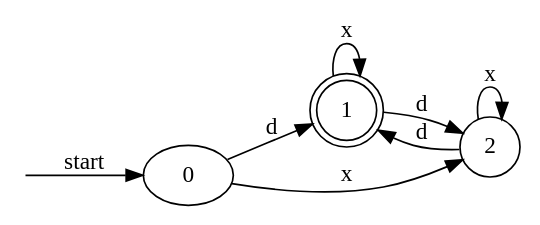
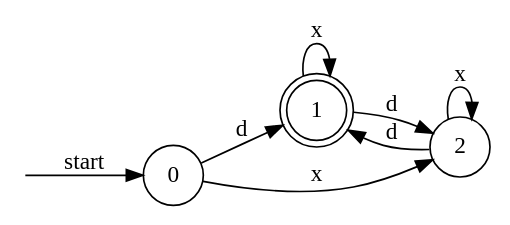
The diagram in examples/tfa-equivalence/ex2/input1.dot (jonathanvdc/automata-generator), drawn with Graphviz before and after one commit. The commit also changed 331 other files, not shown here.

```diff
--- a/examples/tfa-equivalence/ex2/input1.dot
+++ b/examples/tfa-equivalence/ex2/input1.dot
@@ -1,13 +1,14 @@
 digraph dfa {
     rankdir = LR;
+    node [shape = circle];
     __start [style = invis, shape = point];
     __start -> "0" [ label = "start" ];
     node [shape = doublecircle]; "1"
     node [shape = circle];
     "2" -> "2" [ label = "x" ];
     "2" -> "1" [ label = "d" ];
     "0" -> "2" [ label = "x" ];
     "0" -> "1" [ label = "d" ];
     "1" -> "1" [ label = "x" ];
     "1" -> "2" [ label = "d" ];
 }
```
